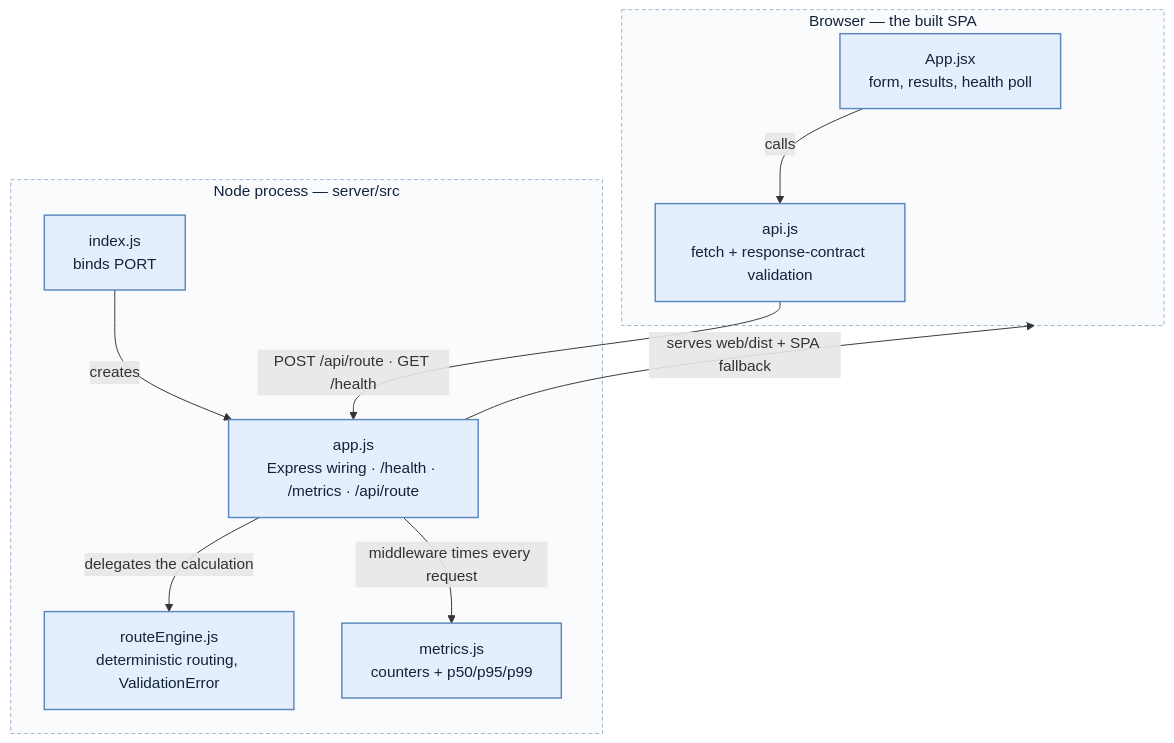
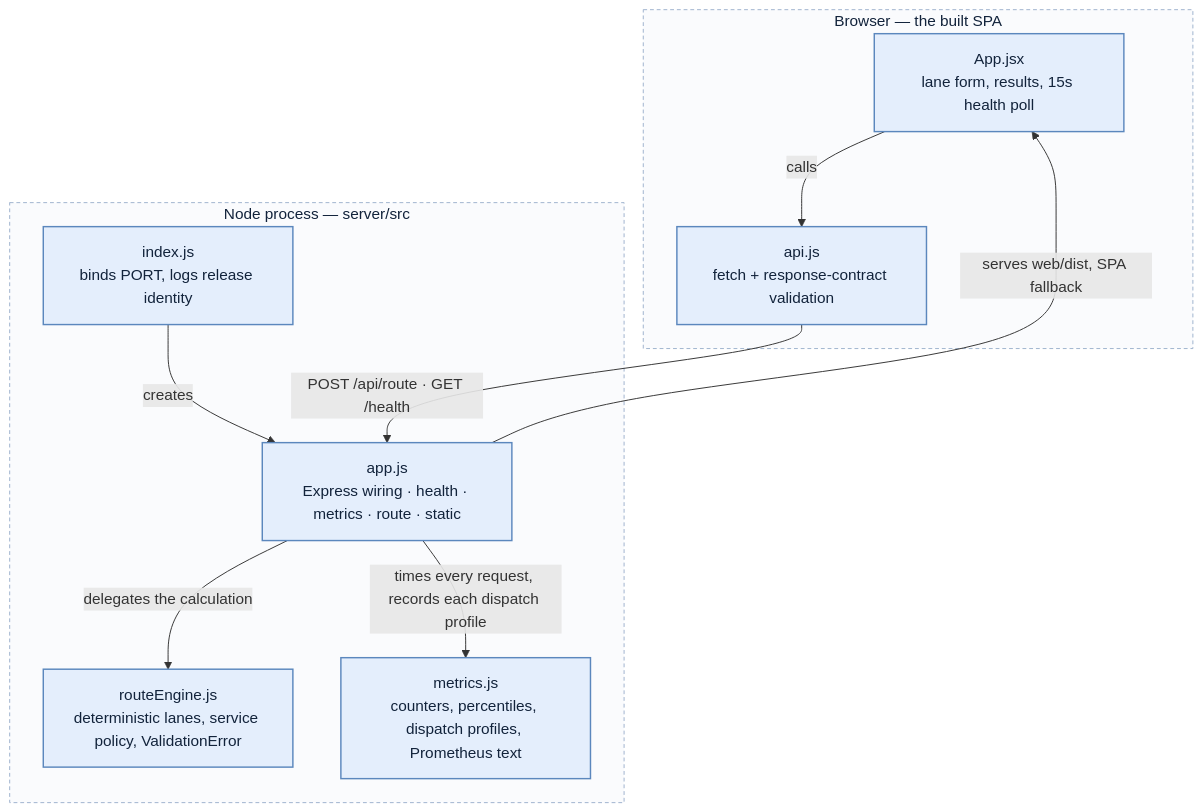
One commit to TryHarder01/release-agent-demo changed the fourth of 7 diagrams in ARCHITECTURE.md. Above: the diagram before and after it, drawn with Mermaid. The commit also changed other lines of this file, not shown here.

First line of the commit message:
Refresh ARCHITECTURE.md against 595e651

````diff
--- a/ARCHITECTURE.md
+++ b/ARCHITECTURE.md
@@ -174,26 +209,26 @@
 ```mermaid
 flowchart TB
     subgraph browser["Browser — the built SPA"]
-        appjsx["App.jsx\nform, results, health poll"]
+        appjsx["App.jsx\nlane form, results, 15s health poll"]
         apijs["api.js\nfetch + response-contract validation"]
     end
 
     subgraph server["Node process — server/src"]
-        index["index.js\nbinds PORT"]
-        app["app.js\nExpress wiring · /health · /metrics · /api/route"]
-        engine["routeEngine.js\ndeterministic routing, ValidationError"]
-        metrics["metrics.js\ncounters + p50/p95/p99"]
+        index["index.js\nbinds PORT, logs release identity"]
+        app["app.js\nExpress wiring · health · metrics · route · static"]
+        engine["routeEngine.js\ndeterministic lanes, service policy, ValidationError"]
+        metrics["metrics.js\ncounters, percentiles, dispatch profiles, Prometheus text"]
     end
 
     appjsx -->|"calls"| apijs
     apijs -->|"POST /api/route · GET /health"| app
     index -->|"creates"| app
     app -->|"delegates the calculation"| engine
-    app -->|"middleware times every request"| metrics
-    app -->|"serves web/dist + SPA fallback"| browser
+    app -->|"times every request, records each dispatch profile"| metrics
+    app -->|"serves web/dist, SPA fallback"| appjsx
 
     classDef internal fill:#e4eefc,stroke:#5b87bd,stroke-width:1.5px,color:#12233b
     classDef boundary fill:#fafbfd,stroke:#9db2cd,stroke-width:1px,stroke-dasharray:4 3,color:#12233b
     class appjsx,apijs,index,app,engine,metrics internal
     class browser,server boundary
 ```
````
